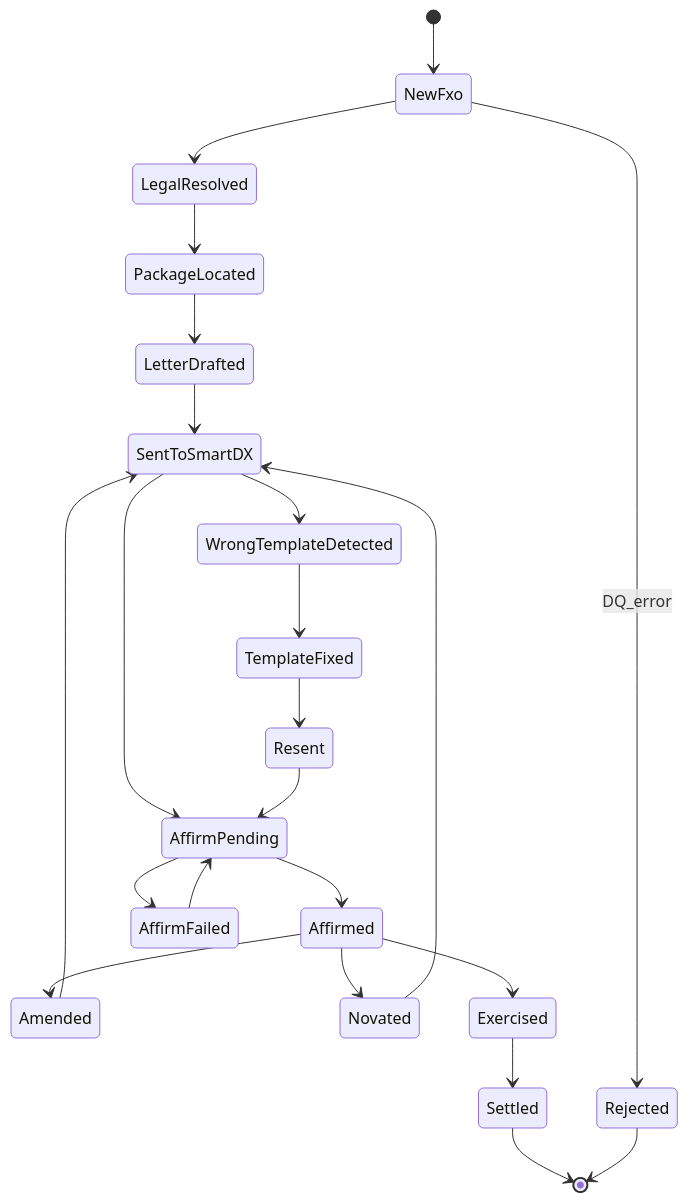
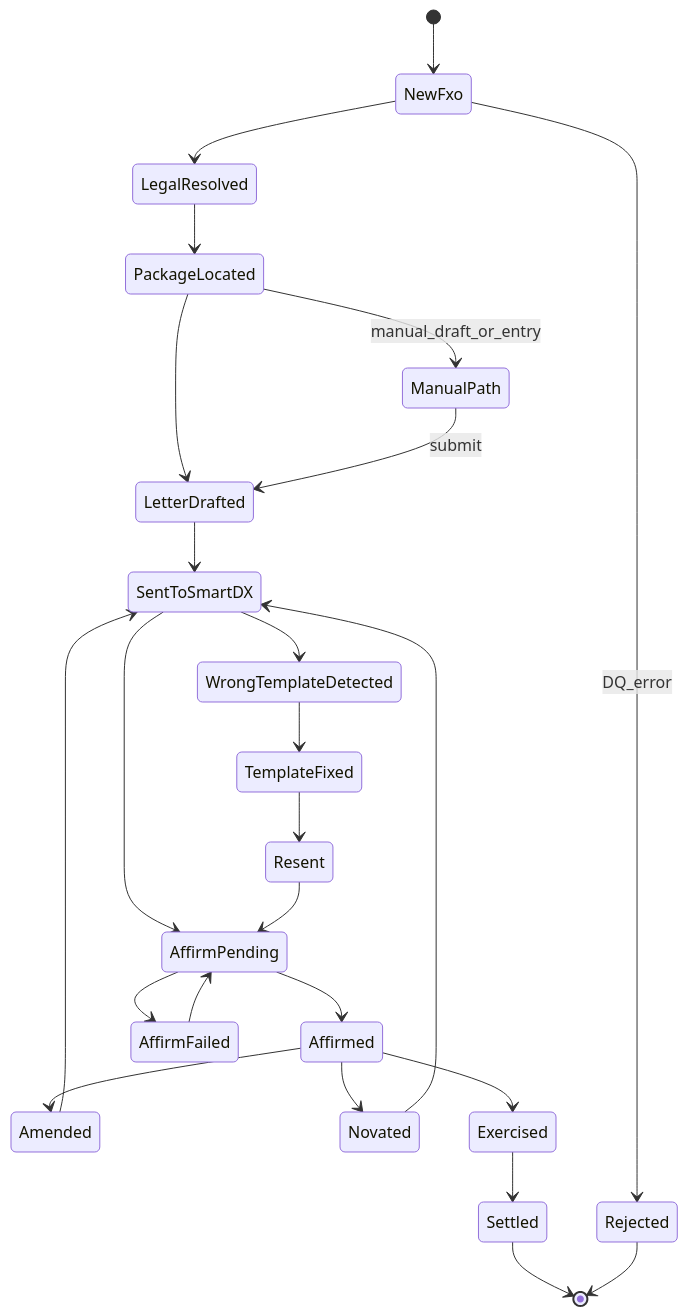
Diagram 11 of 17 in docs/prd-cdu-ps-v1.md (dae-nan/con4m8ions), drawn with Mermaid before and after one commit. The commit also changed other lines of this file and 5 other files, not shown here.

First line of the commit message:
PRD v1.4: explainers out, story-map mermaid, manual draft, audit

````diff
--- a/docs/prd-cdu-ps-v1.md
+++ b/docs/prd-cdu-ps-v1.md
@@ -510,25 +598,27 @@
 ```mermaid
 stateDiagram-v2
   [*] --> NewFxo
   NewFxo --> LegalResolved
   LegalResolved --> PackageLocated
   PackageLocated --> LetterDrafted
+  PackageLocated --> ManualPath: manual_draft_or_entry
+  ManualPath --> LetterDrafted: submit
   LetterDrafted --> SentToSmartDX
   SentToSmartDX --> AffirmPending
   AffirmPending --> Affirmed
   AffirmPending --> AffirmFailed
   AffirmFailed --> AffirmPending
   SentToSmartDX --> WrongTemplateDetected
   WrongTemplateDetected --> TemplateFixed
   TemplateFixed --> Resent
   Resent --> AffirmPending
   Affirmed --> Amended
   Amended --> SentToSmartDX
   Affirmed --> Novated
   Novated --> SentToSmartDX
   Affirmed --> Exercised
   Exercised --> Settled
   Settled --> [*]
   NewFxo --> Rejected: DQ_error
   Rejected --> [*]
 ```
````
